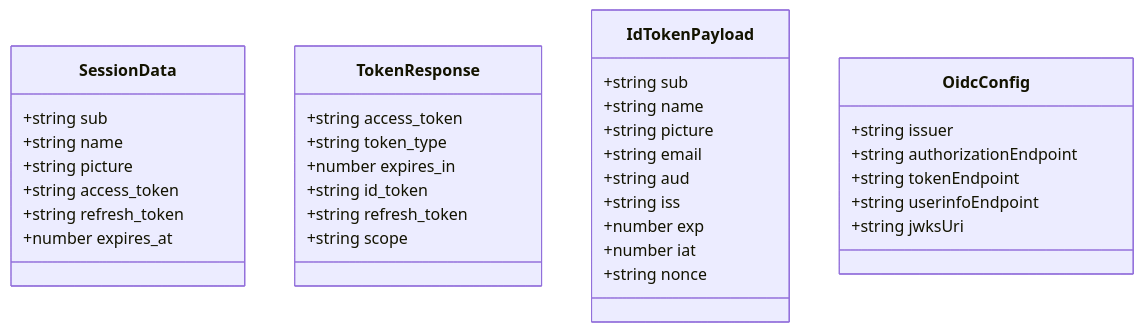
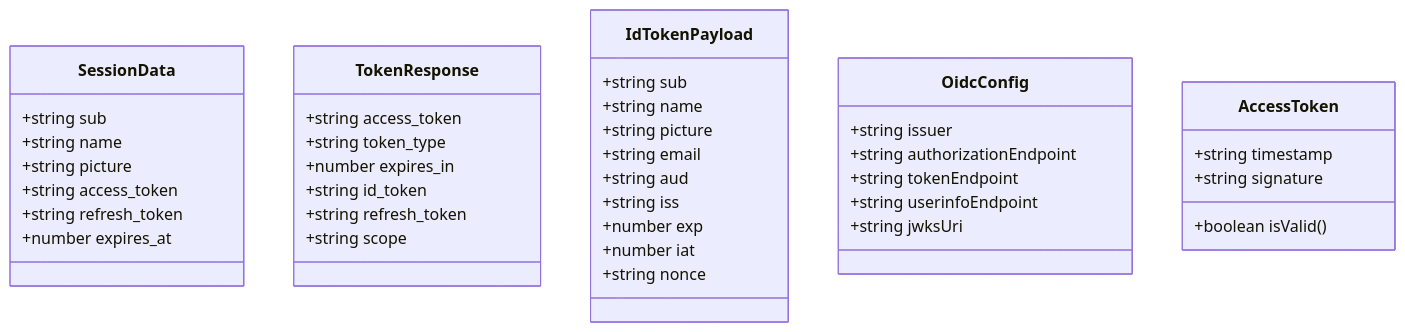
The third of 4 diagrams in .qoder/repowiki/zh/content/架构设计/后端架构设计/OAuth 2.0 认证系统.md (huangboheng/OpenMAIC), drawn with Mermaid before and after one commit. The commit also changed other lines of this file and 13 other files, not shown here.

````diff
--- a/.qoder/repowiki/zh/content/架构设计/后端架构设计/OAuth 2.0 认证系统.md
+++ b/.qoder/repowiki/zh/content/架构设计/后端架构设计/OAuth 2.0 认证系统.md
@@ -124,37 +144,42 @@
 ```mermaid
 classDiagram
 class SessionData {
 +string sub
 +string name
 +string picture
 +string access_token
 +string refresh_token
 +number expires_at
 }
 class TokenResponse {
 +string access_token
 +string token_type
 +number expires_in
 +string id_token
 +string refresh_token
 +string scope
 }
 class IdTokenPayload {
 +string sub
 +string name
 +string picture
 +string email
 +string aud
 +string iss
 +number exp
 +number iat
 +string nonce
 }
 class OidcConfig {
 +string issuer
 +string authorizationEndpoint
 +string tokenEndpoint
 +string userinfoEndpoint
 +string jwksUri
 }
+class AccessToken {
++string timestamp
++string signature
++boolean isValid()
+}
 ```
````
